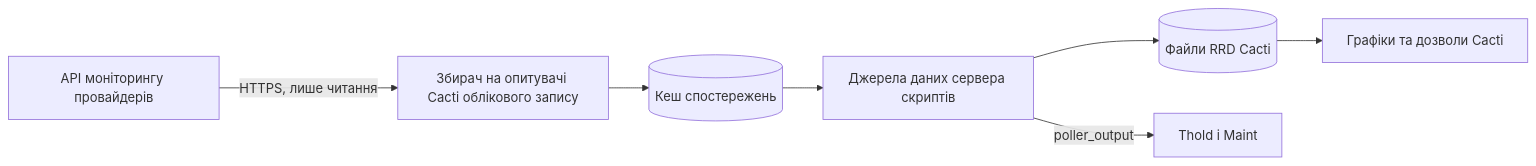
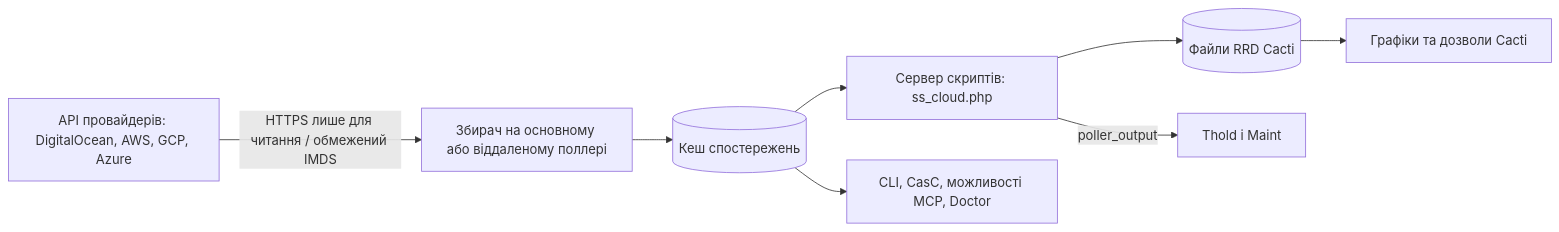
Before and after one commit to somethingwithproof/plugin_cloud: the diagram in docs/i18n/uk-UA/README.md, drawn with Mermaid. The commit also changed other lines of this file and 48 other files, not shown here.

First line of the commit message:
docs(readme): document AWS, GCP, Azure drivers, remote collectors, and ecosystem hooks

````diff
--- a/docs/i18n/uk-UA/README.md
+++ b/docs/i18n/uk-UA/README.md
@@ -110,9 +148,10 @@
 ```mermaid
 flowchart LR
-    API[API моніторингу провайдерів] -->|HTTPS, лише читання| C[Збирач на опитувачі Cacti облікового запису]
+    API[API провайдерів: DigitalOcean, AWS, GCP, Azure] -->|HTTPS лише для читання / обмежений IMDS| C[Збирач на основному або віддаленому поллері]
     C --> O[(Кеш спостережень)]
-    O --> SS[Джерела даних сервера скриптів]
+    O --> SS[Сервер скриптів: ss_cloud.php]
     SS --> RRD[(Файли RRD Cacti)]
     SS -->|poller_output| T[Thold і Maint]
     RRD --> G[Графіки та дозволи Cacti]
+    O --> ECO[CLI, CasC, можливості MCP, Doctor]
 ```
````
